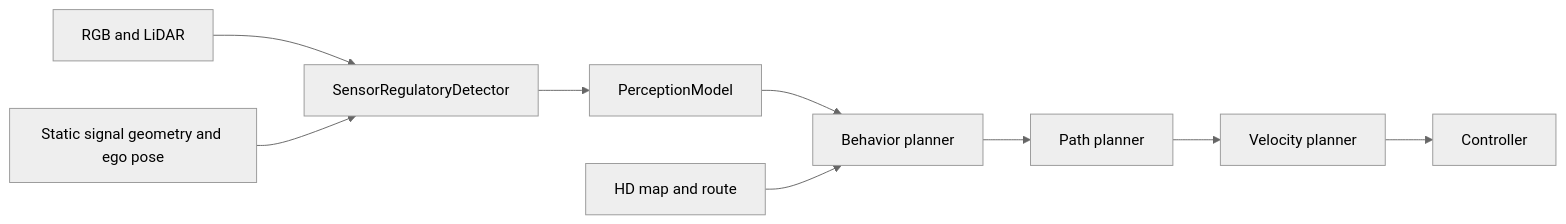
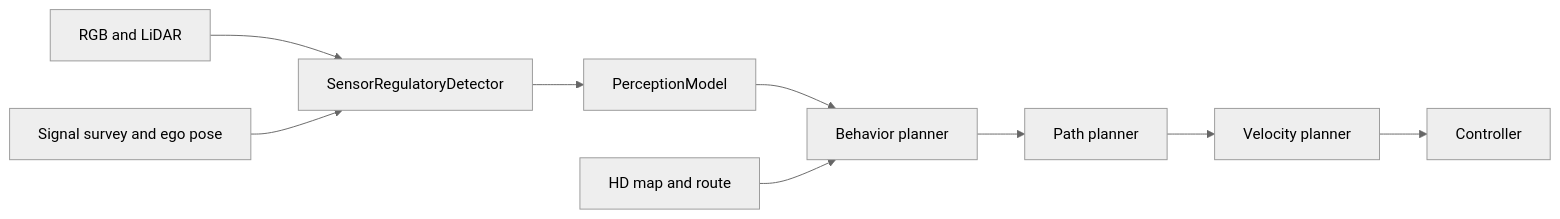
One commit to codhuck/avilite_behavior_planning changed the diagram in docs/architecture.md. Above: the diagram before and after it, drawn with Mermaid (neutral theme). The commit also changed other lines of this file and 129 other files, not shown here.

````diff
--- a/docs/architecture.md
+++ b/docs/architecture.md
@@ -5,11 +6,11 @@
 ```mermaid
 flowchart LR
     Sensors[RGB and LiDAR] --> Detector[SensorRegulatoryDetector]
-    Geometry[Static signal geometry and ego pose] --> Detector
+    Geometry[Signal survey and ego pose] --> Detector
     Detector --> Model[PerceptionModel]
     Model --> Behavior[Behavior planner]
     Map[HD map and route] --> Behavior
     Behavior --> Path[Path planner]
     Path --> Speed[Velocity planner]
     Speed --> Control[Controller]
 ```
````
